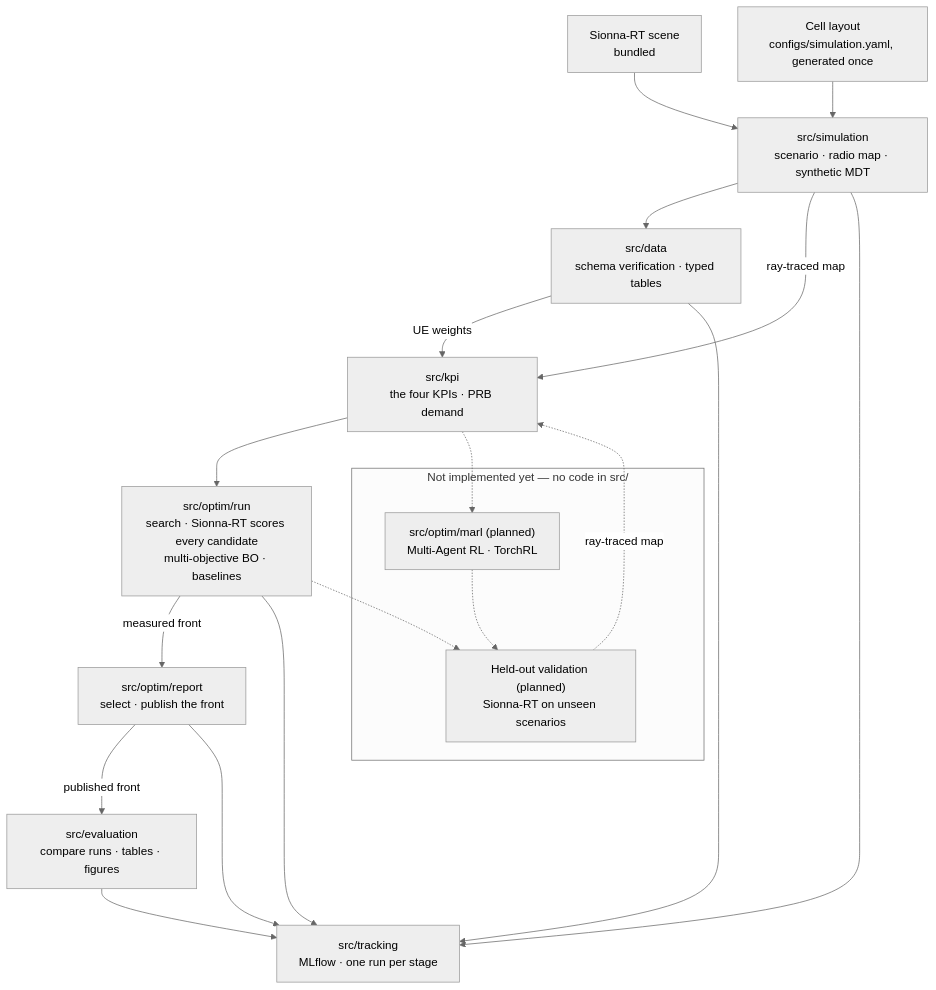
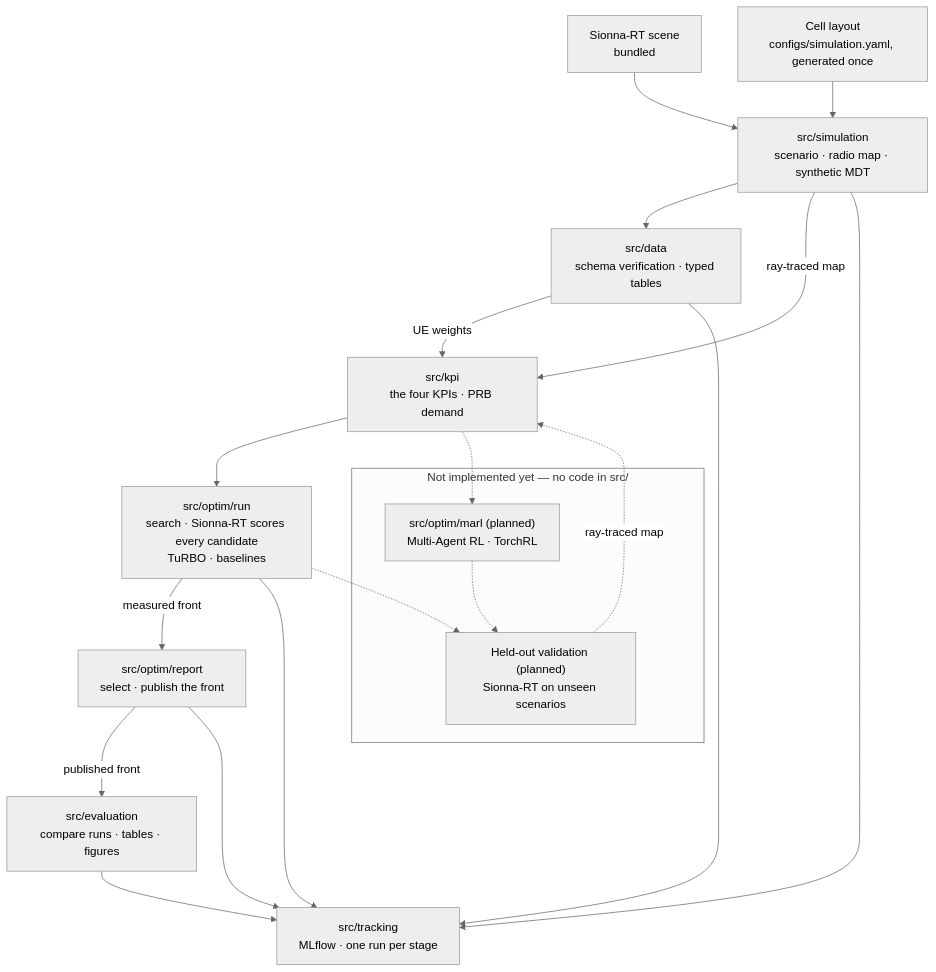
Before and after one commit to NguyenVu04/band-tilt: the diagram in README.md, drawn with Mermaid (neutral theme). The commit also changed other lines of this file and 28 other files, not shown here.

````diff
--- a/README.md
+++ b/README.md
@@ -93,32 +93,32 @@
 ```mermaid
 flowchart TB
     scene["Sionna-RT scene<br/>bundled"]
     cells["Cell layout<br/>configs/simulation.yaml, generated once"]
 
     sim["src/simulation<br/>scenario · radio map · synthetic MDT"]
     prep["src/data<br/>schema verification · typed tables"]
     kpi["src/kpi<br/>the four KPIs · PRB demand"]
-    opt["src/optim/run<br/>search · Sionna-RT scores every candidate<br/>multi-objective BO · baselines"]
+    opt["src/optim/run<br/>search · Sionna-RT scores every candidate<br/>TuRBO · baselines"]
     ver["src/optim/report<br/>select · publish the front"]
     rep["src/evaluation<br/>compare runs · tables · figures"]
     mlf["src/tracking<br/>MLflow · one run per stage"]
 
     subgraph future["Not implemented yet — no code in src/"]
         marl["src/optim/marl (planned)<br/>Multi-Agent RL · TorchRL"]
         val["Held-out validation (planned)<br/>Sionna-RT on unseen scenarios"]
     end
 
     scene --> sim
     cells --> sim
     sim --> prep
     sim -->|ray-traced map| kpi
     prep -->|UE weights| kpi
     kpi --> opt
     opt -->|measured front| ver
     ver -->|published front| rep
     sim & prep & opt & ver & rep --> mlf
     kpi -.-> marl
     opt -.-> val
     marl -.-> val
     val -.->|ray-traced map| kpi
 ```
````
